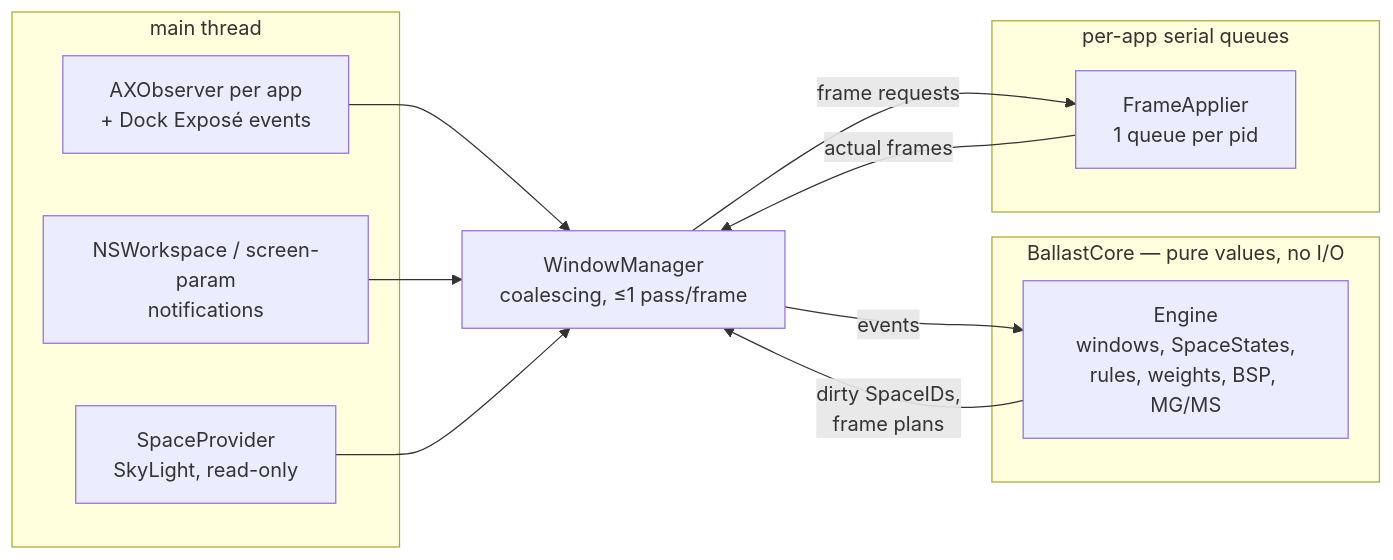
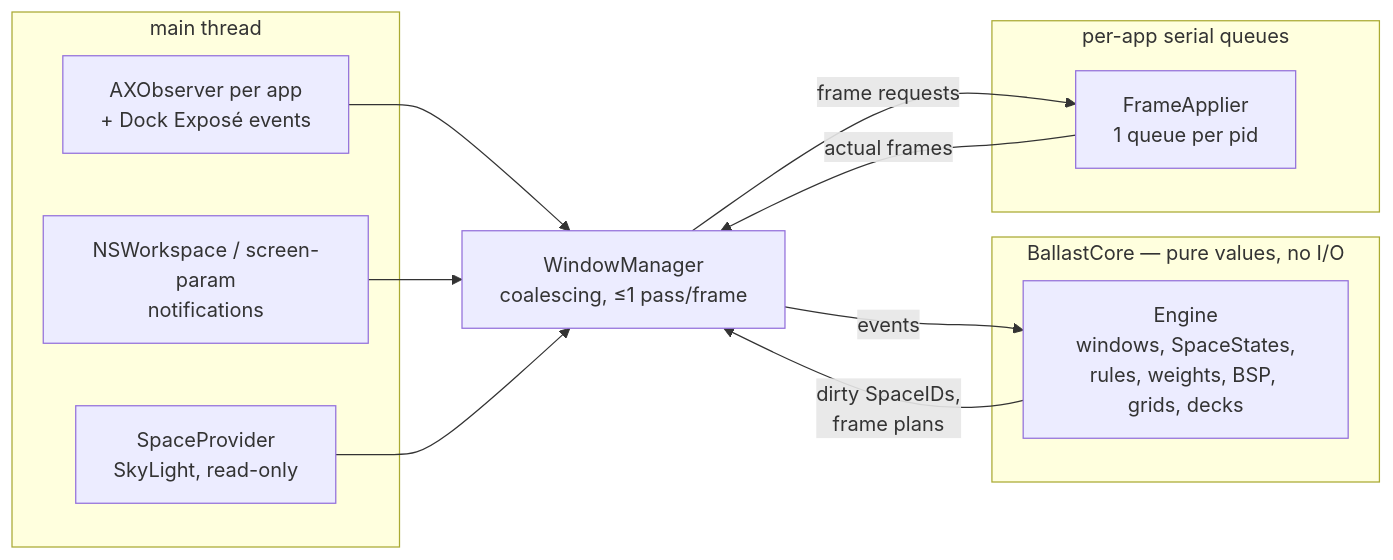
One commit to andyhite/ballast changed the diagram in docs/DESIGN.md. Above: the diagram before and after it, drawn with Mermaid. The commit also changed other lines of this file and 35 other files, not shown here.

````diff
--- a/docs/DESIGN.md
+++ b/docs/DESIGN.md
@@ -40,21 +40,21 @@
 ```mermaid
 flowchart LR
   subgraph Observation [main thread]
     AXO[AXObserver per app<br/>+ Dock Exposé events]
     WS[NSWorkspace / screen-param<br/>notifications]
     SL[SpaceProvider<br/>SkyLight, read-only]
   end
   subgraph Core [BallastCore — pure values, no I/O]
-    E[Engine<br/>windows, SpaceStates,<br/>rules, weights, BSP, MG/MS]
+    E[Engine<br/>windows, SpaceStates,<br/>rules, weights, BSP, grids, decks]
   end
   subgraph Mutation [per-app serial queues]
     FA[FrameApplier<br/>1 queue per pid]
   end
   AXO --> WM[WindowManager<br/>coalescing, ≤1 pass/frame]
   WS --> WM
   SL --> WM
   WM -- events --> E
   E -- dirty SpaceIDs,<br/>frame plans --> WM
   WM -- frame requests --> FA
   FA -- actual frames --> WM
 ```
````
